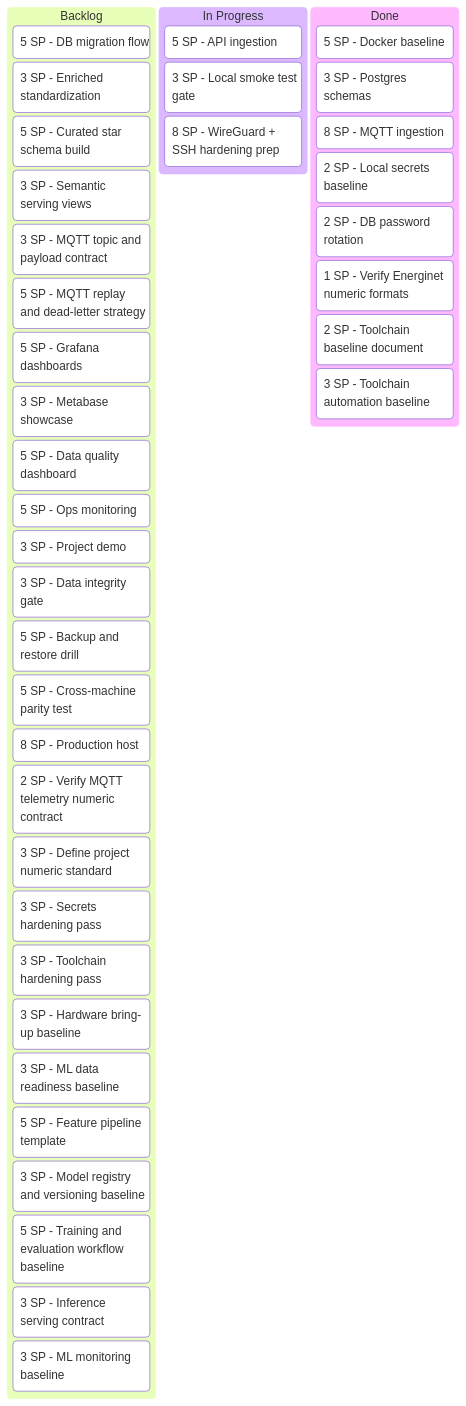
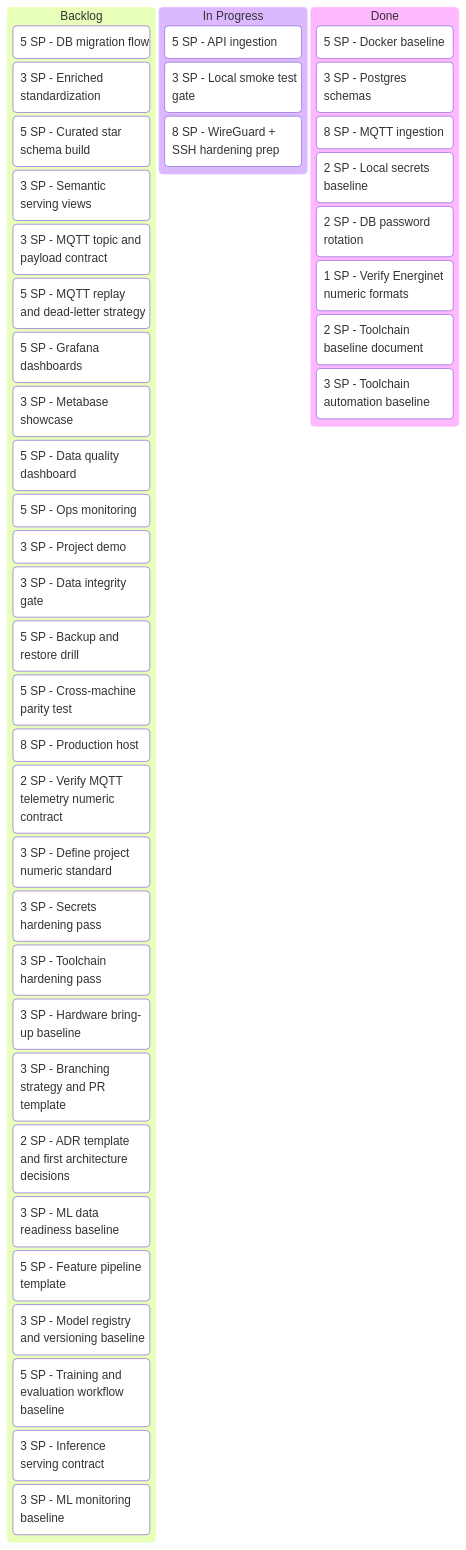
Before and after one commit to EnTekLasse/commons-anchor: the diagram in docs/architecture/diagrams/project-kanban.mmd, drawn with Mermaid. The commit also changed 6 other files, not shown here.

Commit message:
Update docs for pipeline and architecture

```diff
--- a/docs/architecture/diagrams/project-kanban.mmd
+++ b/docs/architecture/diagrams/project-kanban.mmd
@@ -1,78 +1,82 @@
 %% AUTO-GENERATED FROM docs/architecture/diagram-model.json
 kanban
   Backlog
     [5 SP - DB migration flow]
 
     [3 SP - Enriched standardization]
 
     [5 SP - Curated star schema build]
 
     [3 SP - Semantic serving views]
 
     [3 SP - MQTT topic and payload contract]
 
     [5 SP - MQTT replay and dead-letter strategy]
 
     [5 SP - Grafana dashboards]
 
     [3 SP - Metabase showcase]
 
     [5 SP - Data quality dashboard]
 
     [5 SP - Ops monitoring]
 
     [3 SP - Project demo]
 
     [3 SP - Data integrity gate]
 
     [5 SP - Backup and restore drill]
 
     [5 SP - Cross-machine parity test]
 
     [8 SP - Production host]
 
     [2 SP - Verify MQTT telemetry numeric contract]
 
     [3 SP - Define project numeric standard]
 
     [3 SP - Secrets hardening pass]
 
     [3 SP - Toolchain hardening pass]
 
     [3 SP - Hardware bring-up baseline]
 
+    [3 SP - Branching strategy and PR template]
+
+    [2 SP - ADR template and first architecture decisions]
+
     [3 SP - ML data readiness baseline]
 
     [5 SP - Feature pipeline template]
 
     [3 SP - Model registry and versioning baseline]
 
     [5 SP - Training and evaluation workflow baseline]
 
     [3 SP - Inference serving contract]
 
     [3 SP - ML monitoring baseline]
 
   [In Progress]
     [5 SP - API ingestion]
 
     [3 SP - Local smoke test gate]
 
     [8 SP - WireGuard + SSH hardening prep]
 
   Done
     [5 SP - Docker baseline]
 
     [3 SP - Postgres schemas]
 
     [8 SP - MQTT ingestion]
 
     [2 SP - Local secrets baseline]
 
     [2 SP - DB password rotation]
 
     [1 SP - Verify Energinet numeric formats]
 
     [2 SP - Toolchain baseline document]
 
     [3 SP - Toolchain automation baseline]
```
